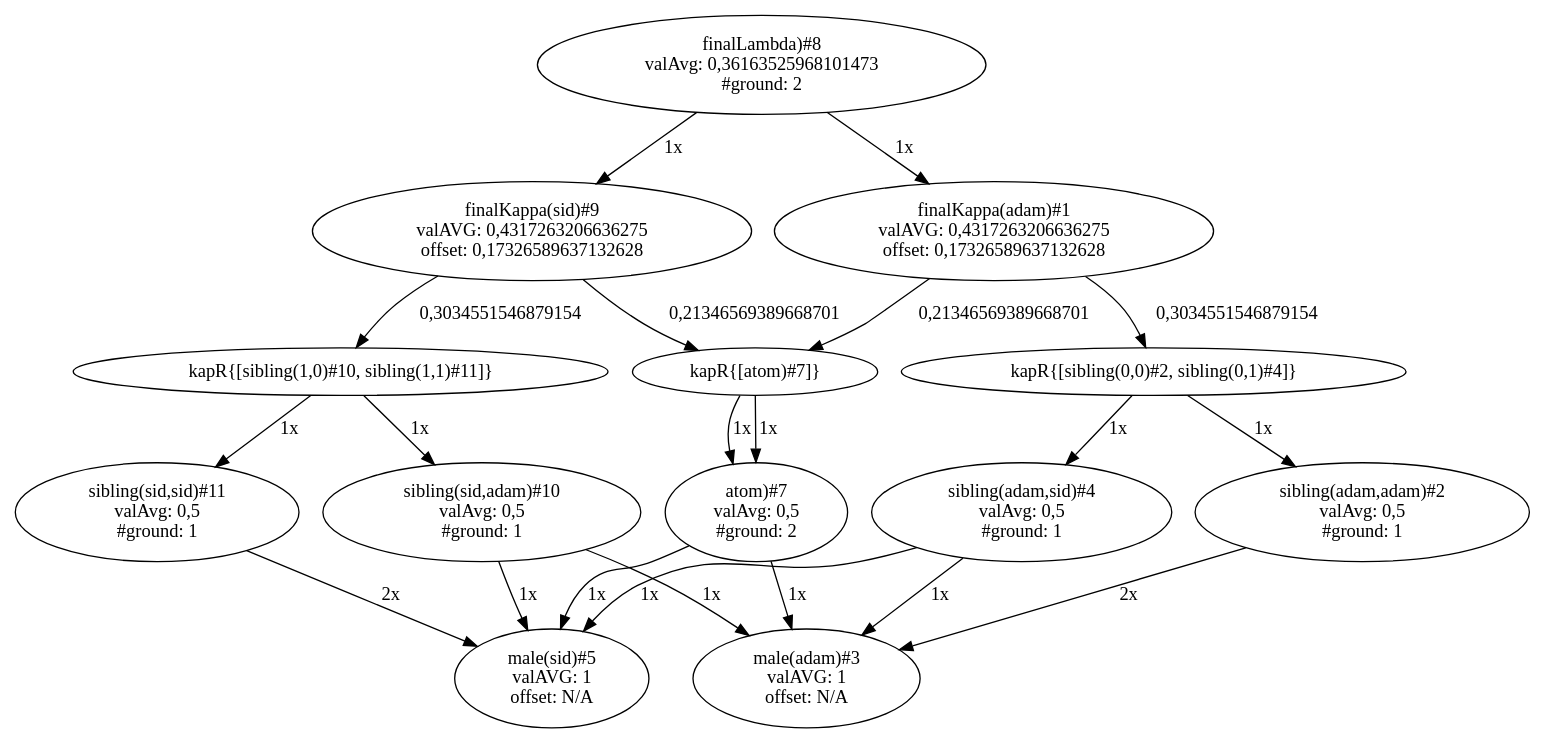
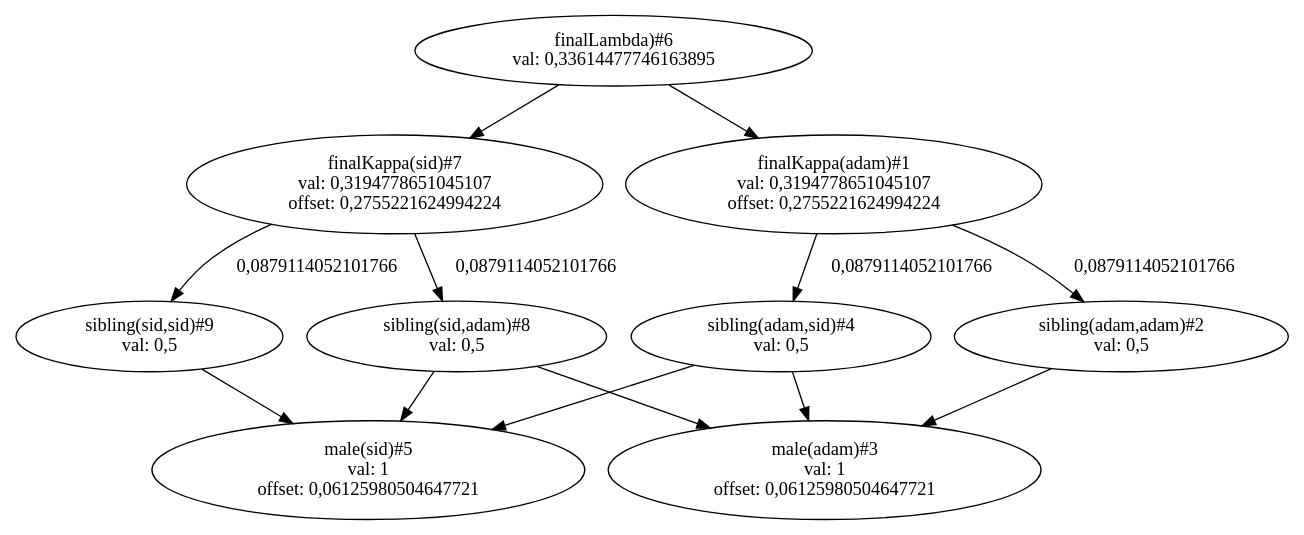
Before and after one commit to svatoma1/Neurologic: the diagram in graph.dot, drawn with Graphviz. The commit also changed 18 other files, not shown here.

```diff
--- a/graph.dot
+++ b/graph.dot
@@ -1,82 +1,50 @@
 digraph G {
-"finalLambda)#8
-valAvg: 0,36163525968101473
-#ground: 2" -> "finalKappa(sid)#9
-valAVG: 0,4317263206636275
-offset: 0,17326589637132628" [ label = "1x" ];
-"finalKappa(sid)#9
-valAVG: 0,4317263206636275
-offset: 0,17326589637132628" -> "kapR{[sibling(1,0)#10, sibling(1,1)#11]}" [ label = "0,3034551546879154" ];
-"kapR{[sibling(1,0)#10, sibling(1,1)#11]}" -> "sibling(sid,adam)#10
-valAvg: 0,5
-#ground: 1" [ label = "1x" ];
-"kapR{[sibling(1,0)#10, sibling(1,1)#11]}" -> "sibling(sid,sid)#11
-valAvg: 0,5
-#ground: 1" [ label = "1x" ];
-"finalKappa(sid)#9
-valAVG: 0,4317263206636275
-offset: 0,17326589637132628" -> "kapR{[atom)#7]}" [ label = "0,21346569389668701" ];
-"kapR{[atom)#7]}" -> "atom)#7
-valAvg: 0,5
-#ground: 2" [ label = "1x" ];
-"sibling(sid,adam)#10
-valAvg: 0,5
-#ground: 1" -> "male(adam)#3
-valAVG: 1
-offset: N/A" [ label = "1x" ];
-"sibling(sid,adam)#10
-valAvg: 0,5
-#ground: 1" -> "male(sid)#5
-valAVG: 1
-offset: N/A" [ label = "1x" ];
-"sibling(sid,sid)#11
-valAvg: 0,5
-#ground: 1" -> "male(sid)#5
-valAVG: 1
-offset: N/A" [ label = "2x" ];
-"atom)#7
-valAvg: 0,5
-#ground: 2" -> "male(adam)#3
-valAVG: 1
-offset: N/A" [ label = "1x" ];
-"atom)#7
-valAvg: 0,5
-#ground: 2" -> "male(sid)#5
-valAVG: 1
-offset: N/A" [ label = "1x" ];
-"finalLambda)#8
-valAvg: 0,36163525968101473
-#ground: 2" -> "finalKappa(adam)#1
-valAVG: 0,4317263206636275
-offset: 0,17326589637132628" [ label = "1x" ];
+"finalLambda)#6
+val: 0,33614477746163895" -> "finalKappa(sid)#7
+val: 0,3194778651045107
+offset: 0,2755221624994224";
+"finalKappa(sid)#7
+val: 0,3194778651045107
+offset: 0,2755221624994224" -> "sibling(sid,adam)#8
+val: 0,5" [ label = "0,0879114052101766" ];
+"sibling(sid,adam)#8
+val: 0,5" -> "male(adam)#3
+val: 1
+offset: 0,06125980504647721";
+"sibling(sid,adam)#8
+val: 0,5" -> "male(sid)#5
+val: 1
+offset: 0,06125980504647721";
+"finalKappa(sid)#7
+val: 0,3194778651045107
+offset: 0,2755221624994224" -> "sibling(sid,sid)#9
+val: 0,5" [ label = "0,0879114052101766" ];
+"sibling(sid,sid)#9
+val: 0,5" -> "male(sid)#5
+val: 1
+offset: 0,06125980504647721";
+"finalLambda)#6
+val: 0,33614477746163895" -> "finalKappa(adam)#1
+val: 0,3194778651045107
+offset: 0,2755221624994224";
 "finalKappa(adam)#1
-valAVG: 0,4317263206636275
-offset: 0,17326589637132628" -> "kapR{[sibling(0,0)#2, sibling(0,1)#4]}" [ label = "0,3034551546879154" ];
-"kapR{[sibling(0,0)#2, sibling(0,1)#4]}" -> "sibling(adam,adam)#2
-valAvg: 0,5
-#ground: 1" [ label = "1x" ];
-"kapR{[sibling(0,0)#2, sibling(0,1)#4]}" -> "sibling(adam,sid)#4
-valAvg: 0,5
-#ground: 1" [ label = "1x" ];
+val: 0,3194778651045107
+offset: 0,2755221624994224" -> "sibling(adam,sid)#4
+val: 0,5" [ label = "0,0879114052101766" ];
+"sibling(adam,sid)#4
+val: 0,5" -> "male(adam)#3
+val: 1
+offset: 0,06125980504647721";
+"sibling(adam,sid)#4
+val: 0,5" -> "male(sid)#5
+val: 1
+offset: 0,06125980504647721";
 "finalKappa(adam)#1
-valAVG: 0,4317263206636275
-offset: 0,17326589637132628" -> "kapR{[atom)#7]}" [ label = "0,21346569389668701" ];
-"kapR{[atom)#7]}" -> "atom)#7
-valAvg: 0,5
-#ground: 2" [ label = "1x" ];
+val: 0,3194778651045107
+offset: 0,2755221624994224" -> "sibling(adam,adam)#2
+val: 0,5" [ label = "0,0879114052101766" ];
 "sibling(adam,adam)#2
-valAvg: 0,5
-#ground: 1" -> "male(adam)#3
-valAVG: 1
-offset: N/A" [ label = "2x" ];
-"sibling(adam,sid)#4
-valAvg: 0,5
-#ground: 1" -> "male(adam)#3
-valAVG: 1
-offset: N/A" [ label = "1x" ];
-"sibling(adam,sid)#4
-valAvg: 0,5
-#ground: 1" -> "male(sid)#5
-valAVG: 1
-offset: N/A" [ label = "1x" ];
+val: 0,5" -> "male(adam)#3
+val: 1
+offset: 0,06125980504647721";
 }
```
